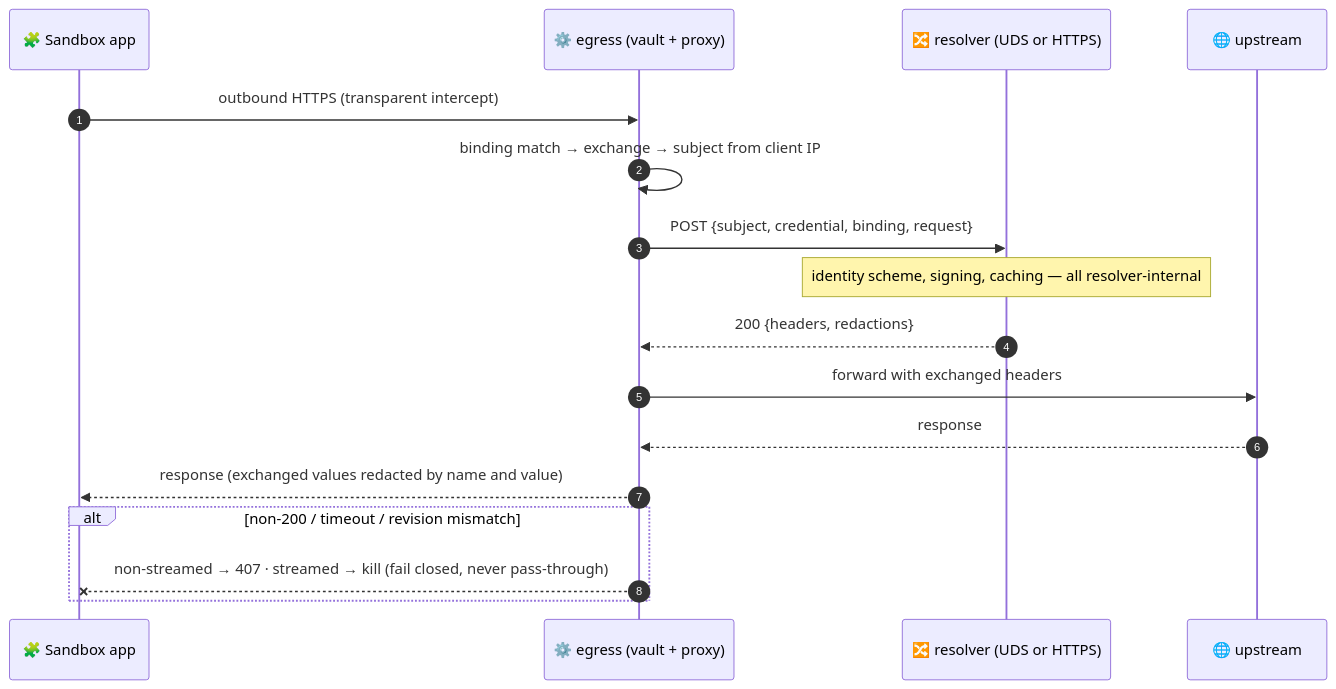
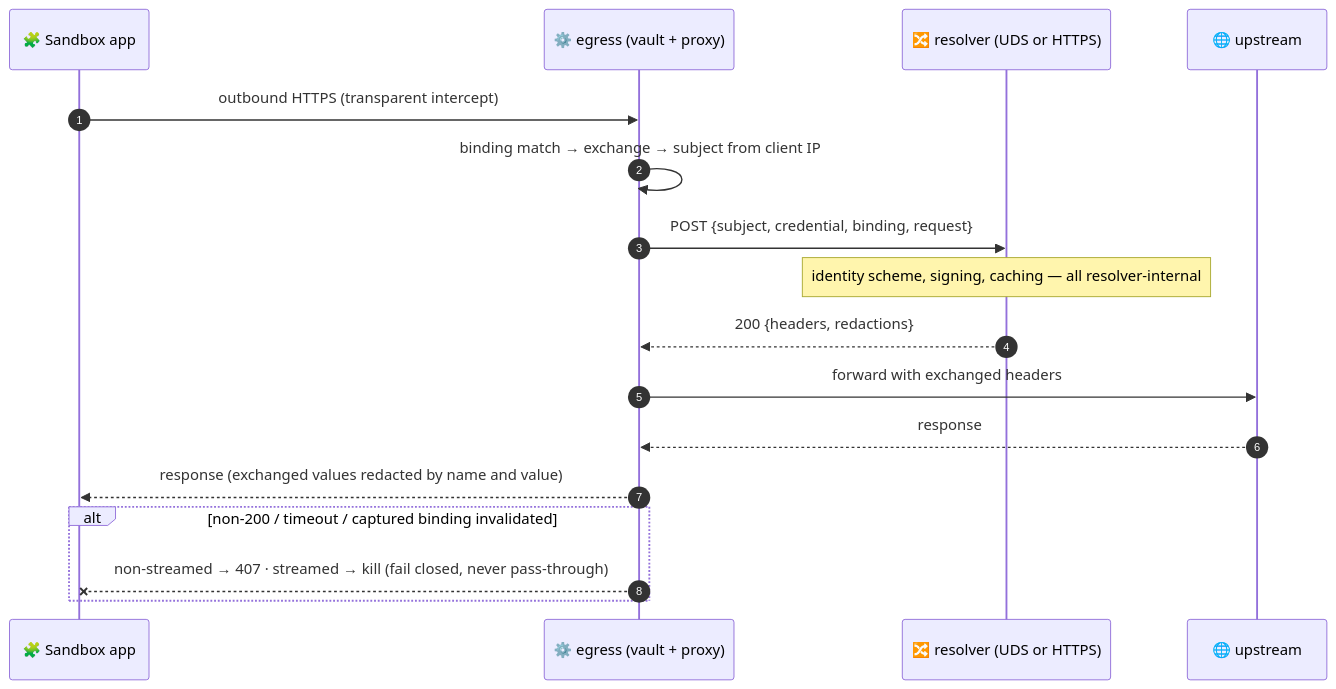
One commit to Dev-next-gen/OpenSandbox changed the third of 3 diagrams in oseps/0025-credential-vault-provider-spi.md. Above: the diagram before and after it, drawn with Mermaid. The commit also changed other lines of this file, not shown here.

````diff
--- a/oseps/0025-credential-vault-provider-spi.md
+++ b/oseps/0025-credential-vault-provider-spi.md
@@ -269,21 +273,21 @@
 ```mermaid
 sequenceDiagram
     autonumber
     participant App as 🧩 Sandbox app
     participant Egr as ⚙️ egress (vault + proxy)
     participant Res as 🔀 resolver (UDS or HTTPS)
     participant Up as 🌐 upstream
 
     App->>Egr: outbound HTTPS (transparent intercept)
     Egr->>Egr: binding match → exchange → subject from client IP
     Egr->>Res: POST {subject, credential, binding, request}
     Note over Res: identity scheme, signing, caching — all resolver-internal
     Res-->>Egr: 200 {headers, redactions}
     Egr->>Up: forward with exchanged headers
     Up-->>Egr: response
     Egr-->>App: response (exchanged values redacted by name and value)
 
-    alt non-200 / timeout / revision mismatch
+    alt non-200 / timeout / captured binding invalidated
         Egr--xApp: non-streamed → 407 · streamed → kill (fail closed, never pass-through)
     end
 ```
````
